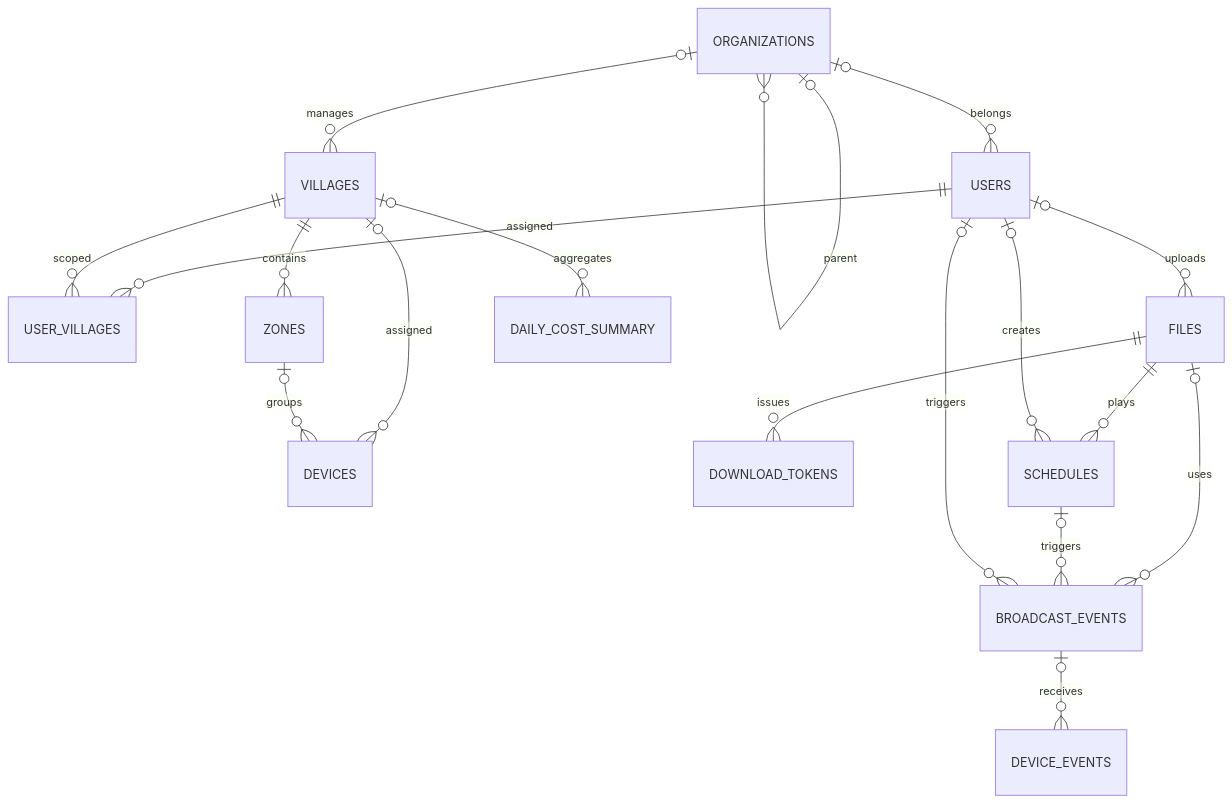
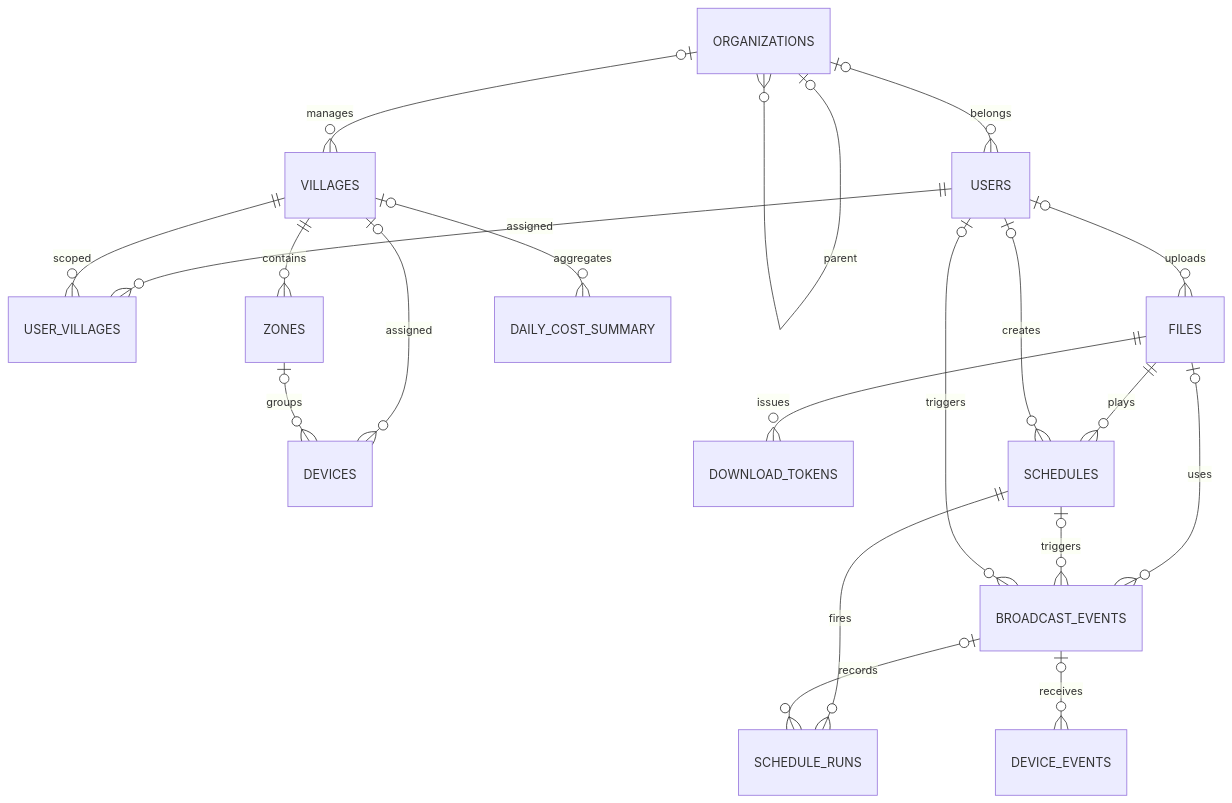
Before and after one commit to masterjms/hanna_aircast_platform: the diagram in docs/current/04_데이터_모델.md, drawn with Mermaid. The commit also changed other lines of this file and 32 other files, not shown here.

Commit message:
feat: 자동방송 스케줄 — 매일·매주·매월·매년 규칙 엔진, 매분 실행기(schedule_runs 유니크로 중복 방지, 유예 초과 건너뜀), 관할 전체 대상, 위자드·예정표 화면

````diff
--- a/docs/current/04_데이터_모델.md
+++ b/docs/current/04_데이터_모델.md
@@ -28,20 +28,22 @@
 ```mermaid
 erDiagram
     ORGANIZATIONS o|--o{ ORGANIZATIONS : parent
     ORGANIZATIONS o|--o{ VILLAGES : manages
     ORGANIZATIONS o|--o{ USERS : belongs
     USERS ||--o{ USER_VILLAGES : assigned
     VILLAGES ||--o{ USER_VILLAGES : scoped
     VILLAGES ||--o{ ZONES : contains
     VILLAGES o|--o{ DEVICES : assigned
     ZONES o|--o{ DEVICES : groups
     USERS o|--o{ FILES : uploads
     FILES ||--o{ DOWNLOAD_TOKENS : issues
     FILES ||--o{ SCHEDULES : plays
     USERS o|--o{ SCHEDULES : creates
     FILES o|--o{ BROADCAST_EVENTS : uses
     SCHEDULES o|--o{ BROADCAST_EVENTS : triggers
+    SCHEDULES ||--o{ SCHEDULE_RUNS : fires
+    BROADCAST_EVENTS o|--o{ SCHEDULE_RUNS : records
     USERS o|--o{ BROADCAST_EVENTS : triggers
     BROADCAST_EVENTS o|--o{ DEVICE_EVENTS : receives
     VILLAGES o|--o{ DAILY_COST_SUMMARY : aggregates
 ```
````
